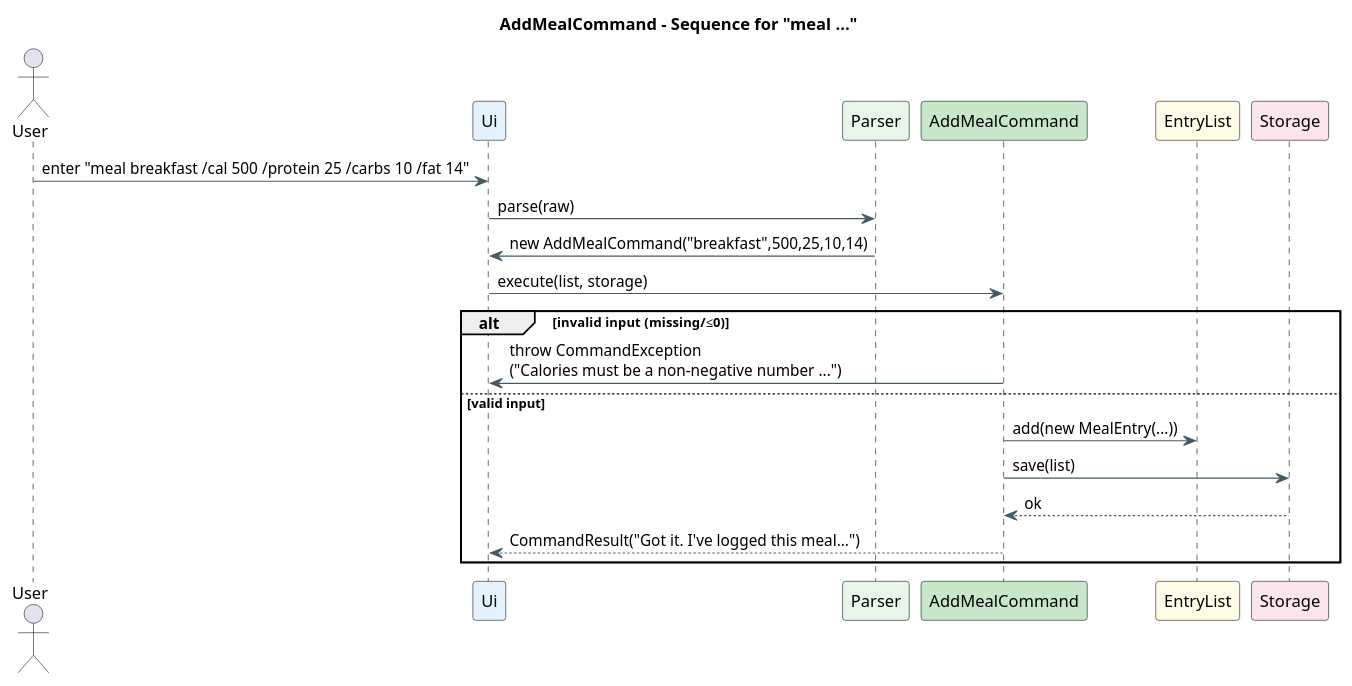
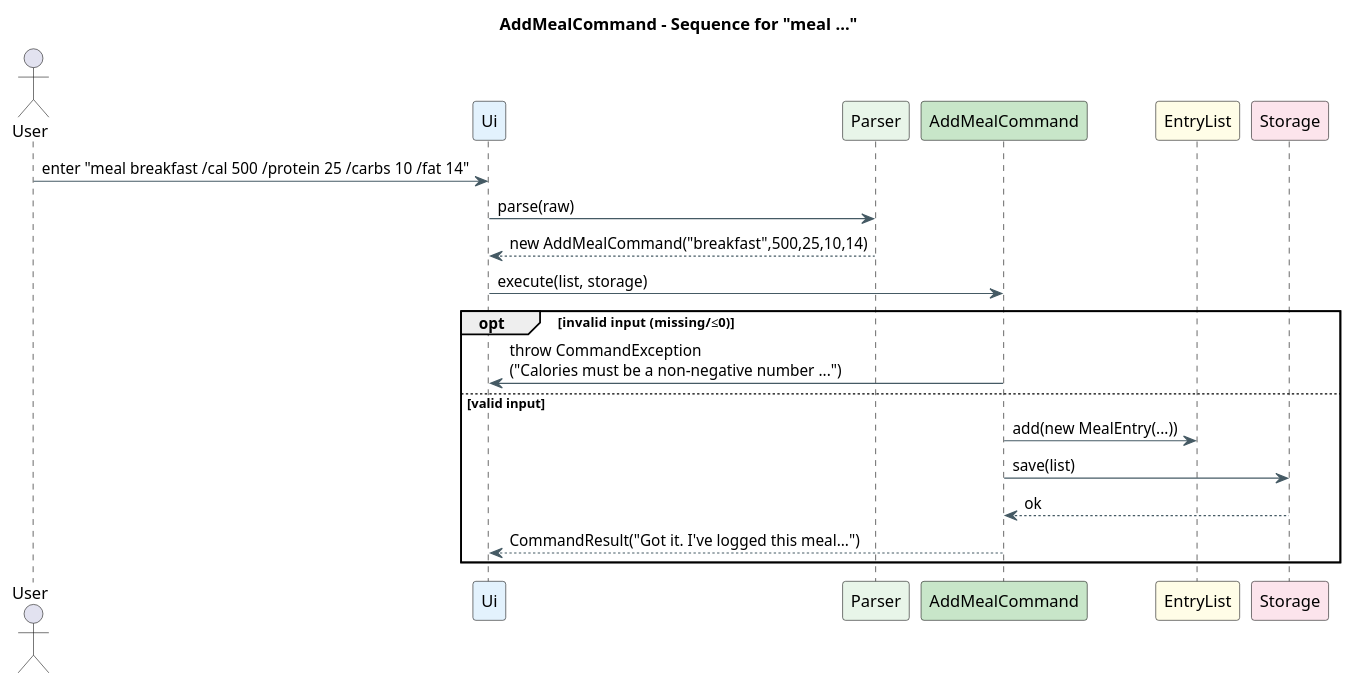
One commit to Ibrashoukry/tp changed the diagram in docs/diagrams/AddMeal_SequenceDiagram.puml. Above: the diagram before and after it, drawn with PlantUML. The commit also changed 3 other files, not shown here.

```diff
--- a/docs/diagrams/AddMeal_SequenceDiagram.puml
+++ b/docs/diagrams/AddMeal_SequenceDiagram.puml
@@ -1,36 +1,36 @@
 @startuml
 ' ===== Sequence: measure waist/70 hips/98 chest/90 thigh/55 arm/30 =====
 title AddMealCommand - Sequence for "meal ..."
 
 skinparam shadowing false
 skinparam defaultFontName Arial
 skinparam sequence {
   LifeLineBorderColor black
   BoxBorderColor #90A4AE
   BoxBackgroundColor #F5F7FA
   ArrowColor #455A64
   ArrowThickness 1
 }
 
 actor User
 participant Ui           as UI  #E3F2FD
 participant Parser       as PR  #E8F5E9
 participant AddMealCommand as AMC #C8E6C9
 participant EntryList    as LIST #FFFDE7
 participant Storage      as ST   #FCE4EC
 
 User -> UI : enter "meal breakfast /cal 500 /protein 25 /carbs 10 /fat 14"
 UI -> PR  : parse(raw)
-PR -> UI  : new AddMealCommand("breakfast",500,25,10,14)
+PR --> UI  : new AddMealCommand("breakfast",500,25,10,14)
 UI -> AMC : execute(list, storage)
 
-alt invalid input (missing/≤0)
+opt invalid input (missing/≤0)
   AMC -> UI : throw CommandException\n("Calories must be a non-negative number ...")
 else valid input
   AMC -> LIST : add(new MealEntry(...))
   AMC -> ST   : save(list)
   ST --> AMC  : ok
   AMC --> UI  : CommandResult("Got it. I've logged this meal...")
 end
 
 @enduml
```
